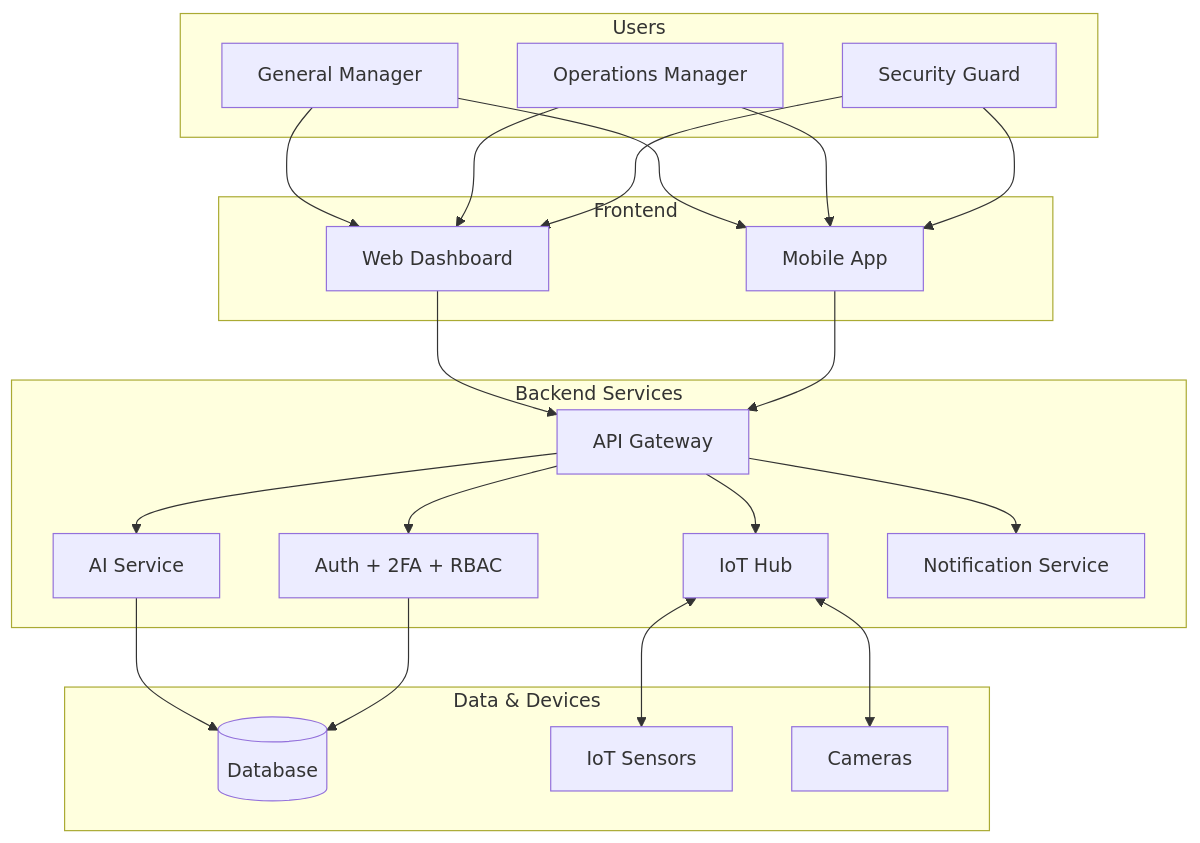
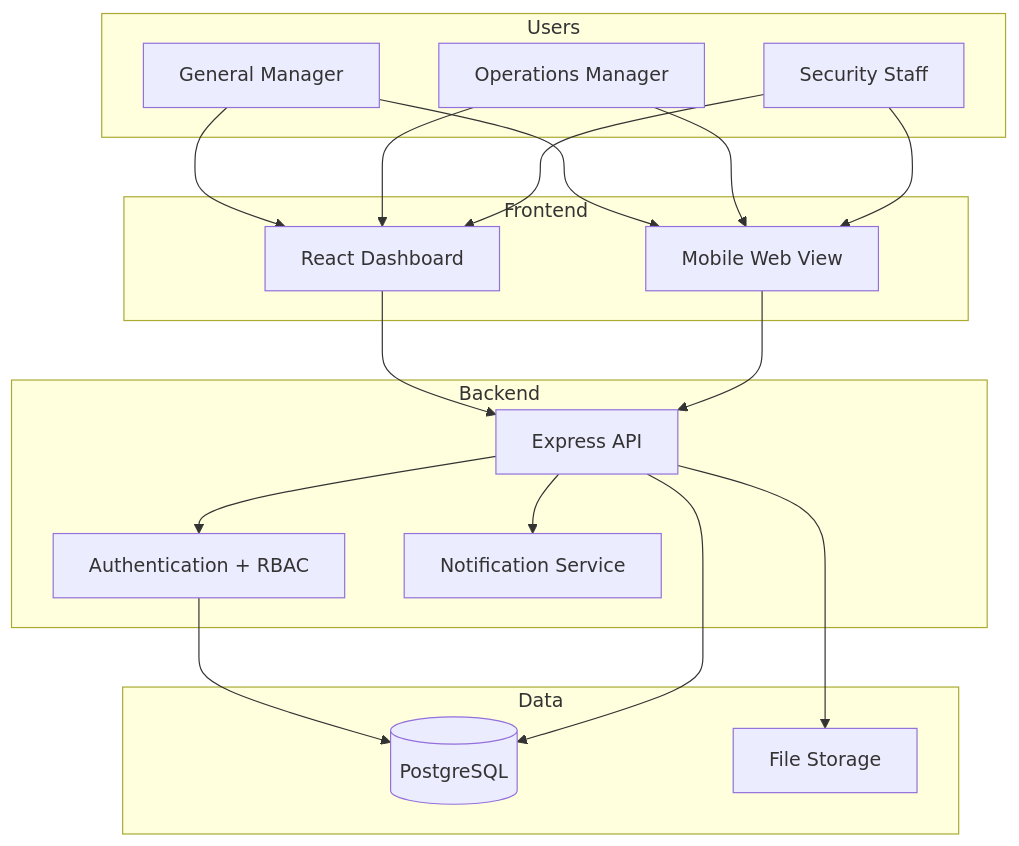
Before and after one commit to Mosleh92/mallos-enterprise: the diagram in README.md, drawn with Mermaid. The commit also changed other lines of this file, not shown here.

First line of the commit message:
Remove AI/IoT hype - focus on real web-based management features

````diff
--- a/README.md
+++ b/README.md
@@ -59,38 +50,32 @@
 ```mermaid
 graph TB
     subgraph "Users"
         GM[General Manager]
         OPS[Operations Manager]
-        SEC[Security Guard]
+        SEC[Security Staff]
     end
 
     subgraph "Frontend"
-        WEB[Web Dashboard]
-        MOB[Mobile App]
+        WEB[React Dashboard]
+        MOB[Mobile Web View]
     end
 
-    subgraph "Backend Services"
-        API[API Gateway]
-        AUTH[Auth + 2FA + RBAC]
-        AI[AI Service]
-        IOT[IoT Hub]
+    subgraph "Backend"
+        API[Express API]
+        AUTH[Authentication + RBAC]
         NOTIF[Notification Service]
     end
 
-    subgraph "Data & Devices"
-        DB[(Database)]
-        SENSORS[IoT Sensors]
-        CAMS[Cameras]
+    subgraph "Data"
+        DB[(PostgreSQL)]
+        FILES[File Storage]
     end
 
     GM & OPS & SEC --> WEB & MOB
     WEB & MOB --> API
     API --> AUTH
-    API --> AI
-    API --> IOT
-    IOT <--> SENSORS
-    IOT <--> CAMS
-    AI --> DB
+    API --> NOTIF
     AUTH --> DB
-    API --> NOTIF
+    API --> DB
+    API --> FILES
 ```
````
